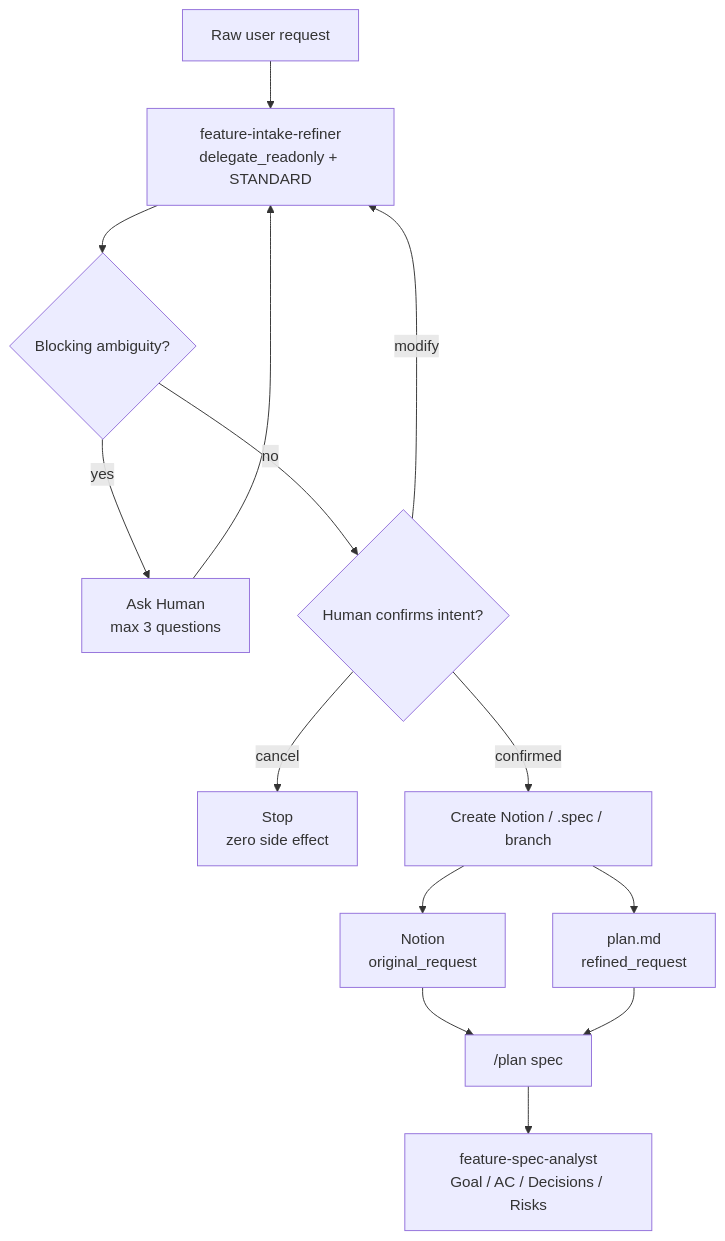
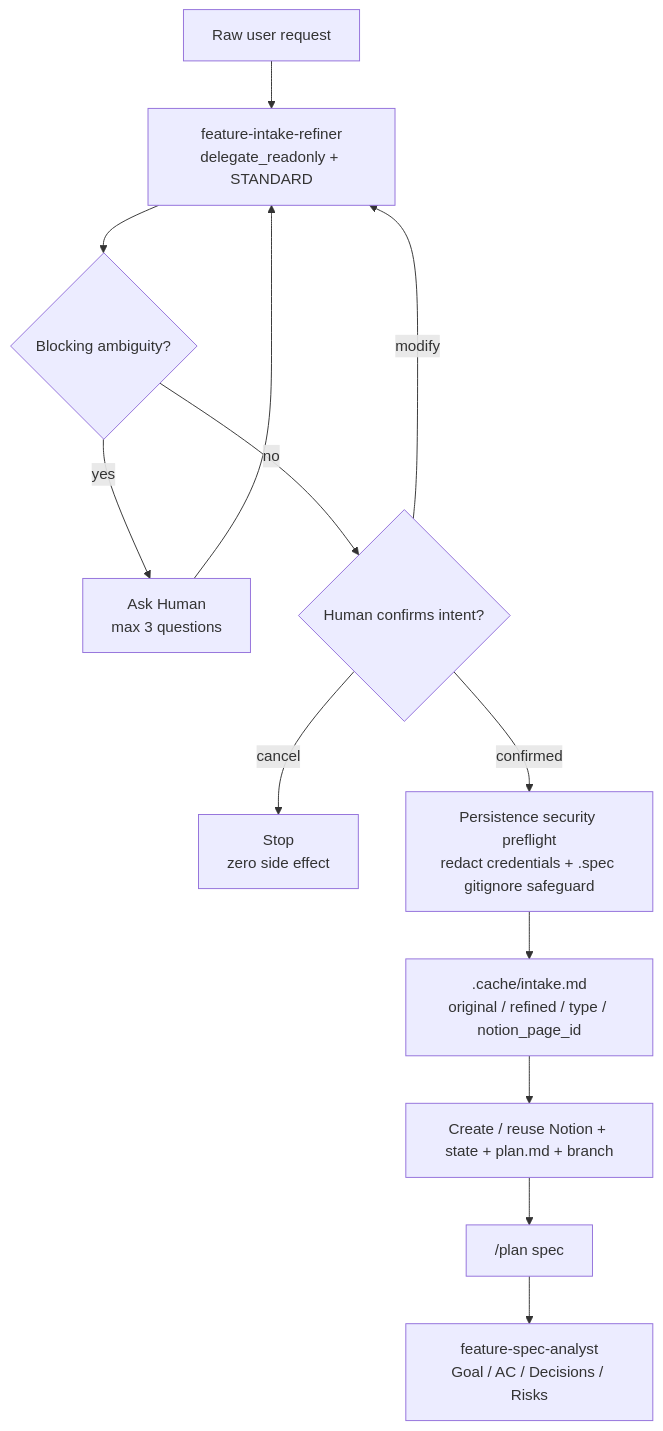
The first of 5 diagrams in plugins/feature-workflow/README.md (mark22013333/crew), drawn with Mermaid before and after one commit. The commit also changed other lines of this file, not shown here.

Commit message:
docs: document durable Plan intake recovery

````diff
--- a/plugins/feature-workflow/README.md
+++ b/plugins/feature-workflow/README.md
@@ -58,16 +58,15 @@
 ```mermaid
 flowchart TD
     Raw["Raw user request"] --> Refiner["feature-intake-refiner<br/>delegate_readonly + STANDARD"]
     Refiner --> Blocking{"Blocking ambiguity?"}
     Blocking -- "yes" --> Ask["Ask Human<br/>max 3 questions"]
     Ask --> Refiner
     Blocking -- "no" --> Confirm{"Human confirms intent?"}
     Confirm -- "modify" --> Refiner
     Confirm -- "cancel" --> Stop["Stop<br/>zero side effect"]
-    Confirm -- "confirmed" --> Start["Create Notion / .spec / branch"]
-    Start --> PersistOriginal["Notion<br/>original_request"]
-    Start --> PersistRefined["plan.md<br/>refined_request"]
-    PersistOriginal --> Spec["/plan spec"]
-    PersistRefined --> Spec
+    Confirm -- "confirmed" --> Guard["Persistence security preflight<br/>redact credentials + .spec gitignore safeguard"]
+    Guard --> Cache[".cache/intake.md<br/>original / refined / type / notion_page_id"]
+    Cache --> Start["Create / reuse Notion + state + plan.md + branch"]
+    Start --> Spec["/plan spec"]
     Spec --> Analyst["feature-spec-analyst<br/>Goal / AC / Decisions / Risks"]
 ```
````
